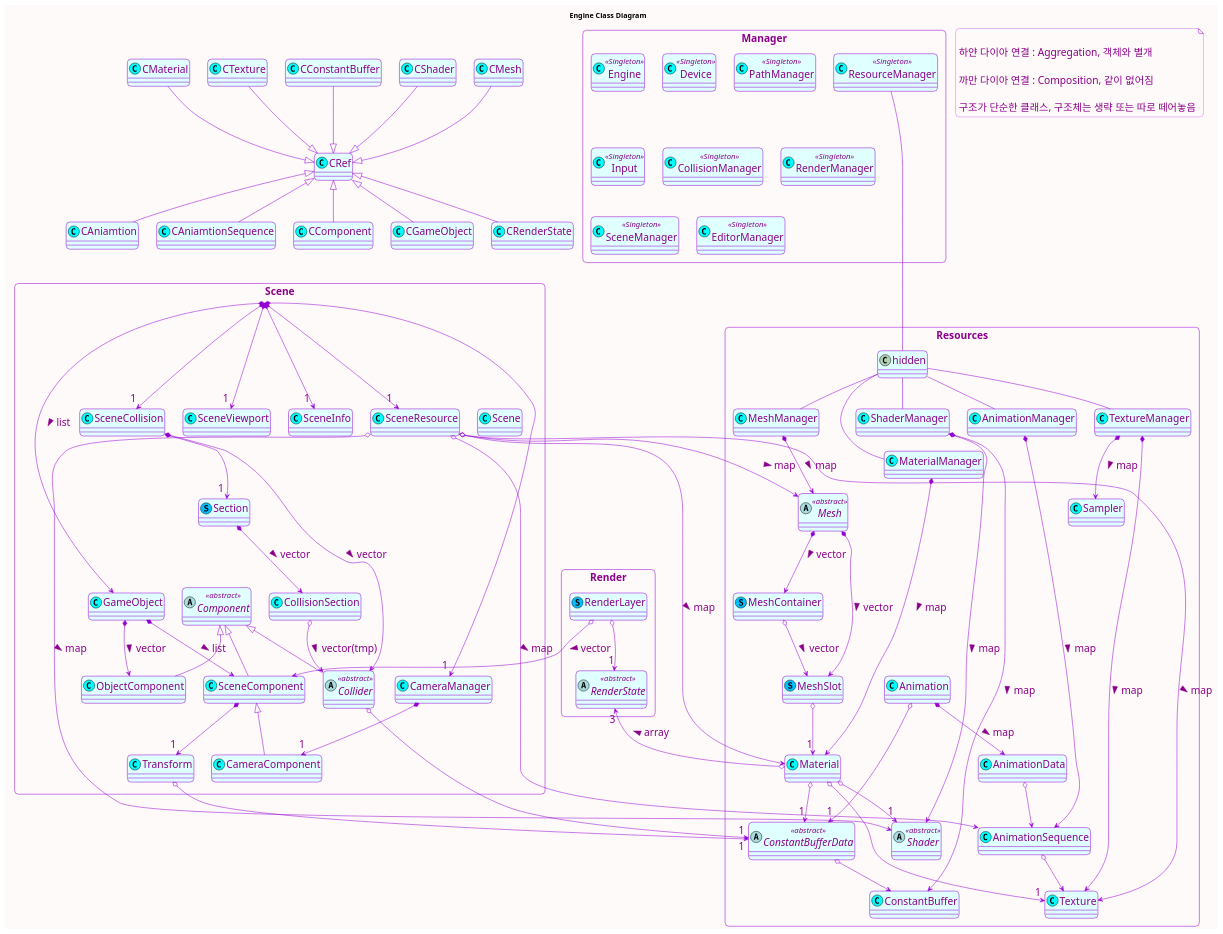
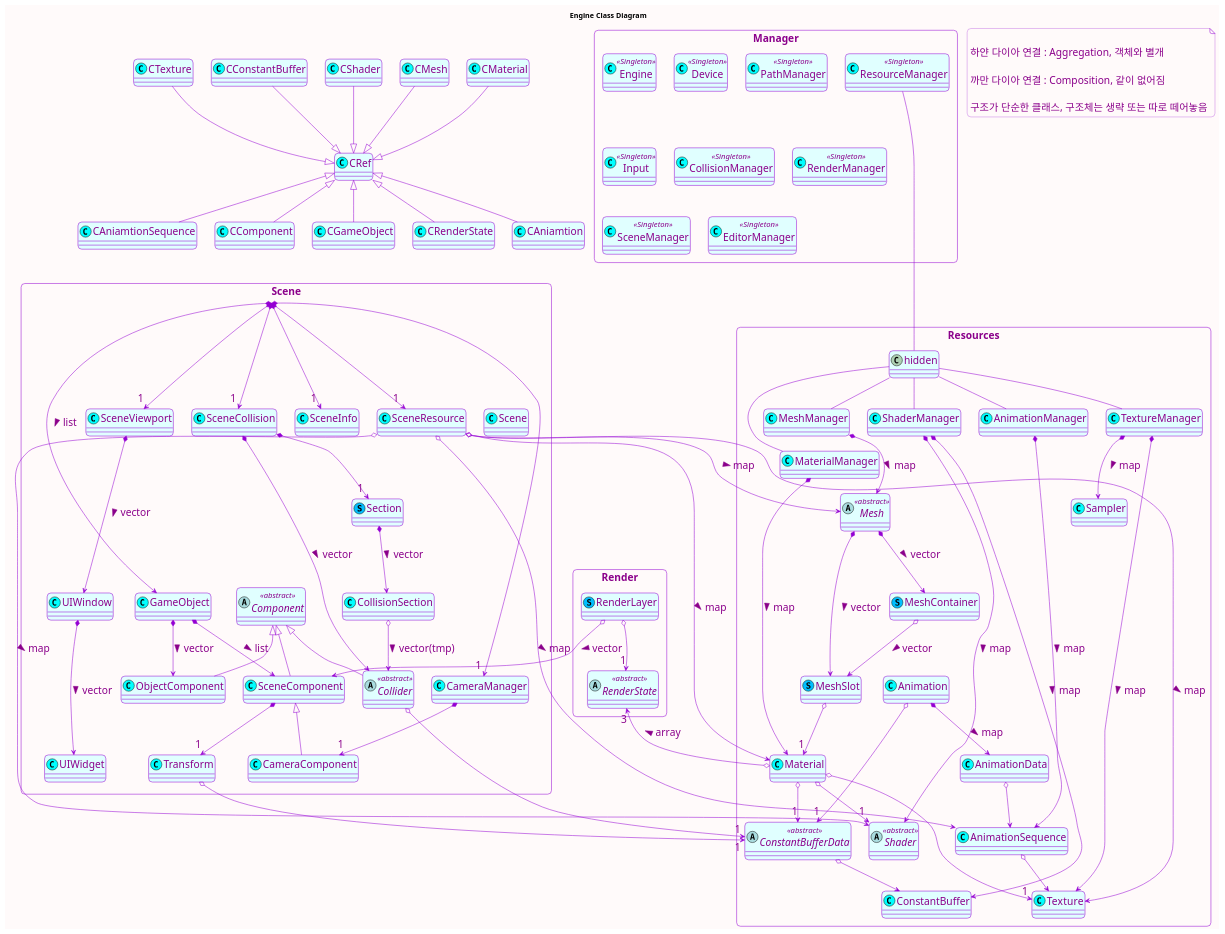
One commit to leekkang/StudyEngineering changed the diagram in docs/diagram/DX_Engine_object_diagram.wsd. Above: the diagram before and after it, drawn with PlantUML.

Commit message:
update diagram

```diff
--- a/docs/diagram/DX_Engine_object_diagram.wsd
+++ b/docs/diagram/DX_Engine_object_diagram.wsd
@@ -105,6 +105,9 @@
   class CameraComponent <<(C, Aqua)>>
   class Transform <<(C, Aqua)>>
   class ObjectComponent <<(C, Aqua)>>
+
+  class UIWindow<<(C, Aqua)>>
+  class UIWidget<<(C, Aqua)>>
 }
 
 
@@ -208,6 +211,8 @@
         SceneComponent *--> " 1 " Transform
           Transform o--> "1" ConstantBufferData
     Scene *--->  " 1 " SceneViewport
+      SceneViewport *---> UIWindow : vector >
+        UIWindow *---> UIWidget : vector >
 
 
 hide hidden
```
